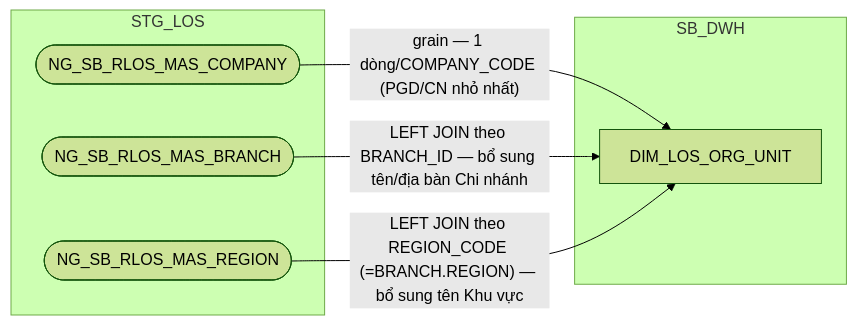
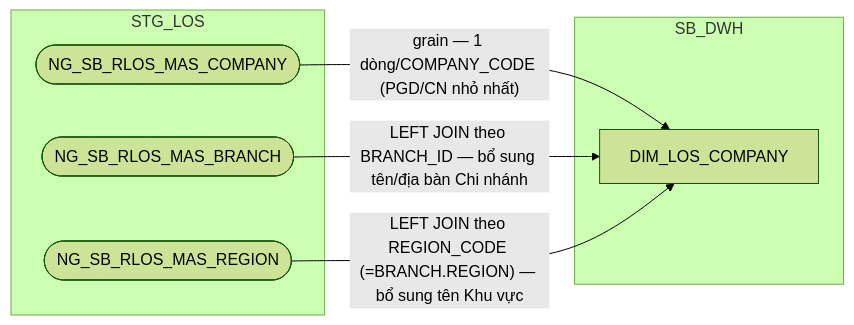
The first of 13 diagrams in hld/hld_review/HLD_DIM_SB_DWH_review.md (chien1198/sb-mapping-gen), drawn with Mermaid (forest theme) before and after one commit. The commit also changed other lines of this file and 183 other files, not shown here.

````diff
--- a/hld/hld_review/HLD_DIM_SB_DWH_review.md
+++ b/hld/hld_review/HLD_DIM_SB_DWH_review.md
@@ -16,14 +17,14 @@
 ```mermaid
 flowchart LR
     subgraph STG_LOS
         A(["NG_SB_RLOS_MAS_COMPANY"])
         B(["NG_SB_RLOS_MAS_BRANCH"])
         R(["NG_SB_RLOS_MAS_REGION"])
     end
     subgraph SB_DWH
-        C["DIM_LOS_ORG_UNIT"]
+        C["DIM_LOS_COMPANY"]
     end
     A -->|"grain — 1 dòng/COMPANY_CODE (PGD/CN nhỏ nhất)"| C
     B -->|"LEFT JOIN theo BRANCH_ID — bổ sung tên/địa bàn Chi nhánh"| C
     R -->|"LEFT JOIN theo REGION_CODE (=BRANCH.REGION) — bổ sung tên Khu vực"| C
 ```
````
